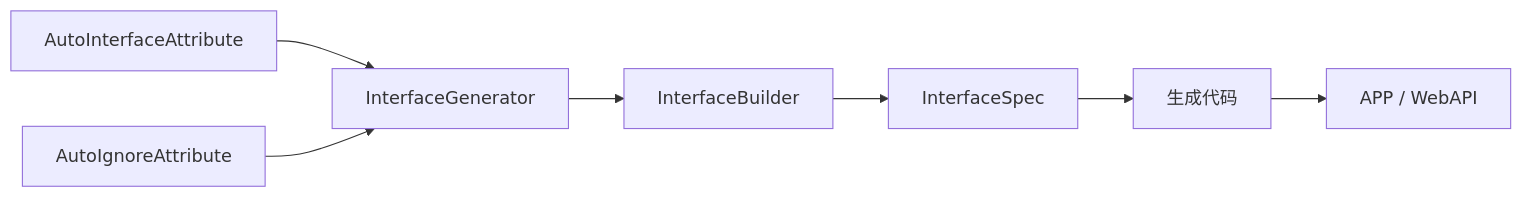
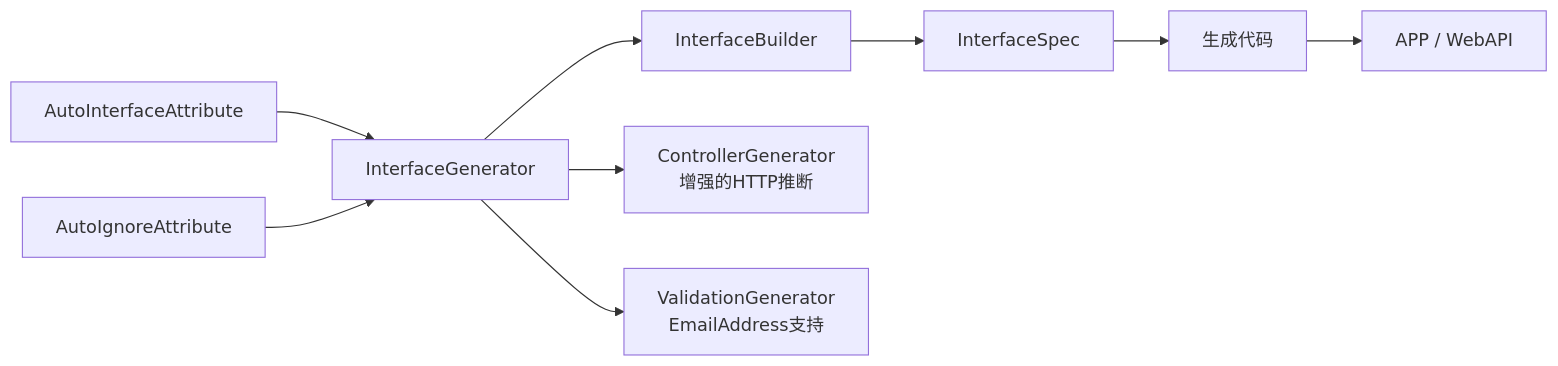
One commit to alivy/AutoCode changed the seventh of 7 diagrams in .qoder/repowiki/zh/content/源代码生成器/源代码生成器.md. Above: the diagram before and after it, drawn with Mermaid. The commit also changed other lines of this file and 29 other files, not shown here.

````diff
--- a/.qoder/repowiki/zh/content/源代码生成器/源代码生成器.md
+++ b/.qoder/repowiki/zh/content/源代码生成器/源代码生成器.md
@@ -302,9 +392,11 @@
 ```mermaid
 graph LR
 Attr["AutoInterfaceAttribute"] --> Gen["InterfaceGenerator"]
 Ignore["AutoIgnoreAttribute"] --> Gen
 Gen --> Bld["InterfaceBuilder"]
 Bld --> Spc["InterfaceSpec"]
+Gen --> Ctrl["ControllerGenerator<br/>增强的HTTP推断"]
+Gen --> Val["ValidationGenerator<br/>EmailAddress支持"]
 Spc --> Out["生成代码"]
 Out --> App["APP / WebAPI"]
 ```
````
